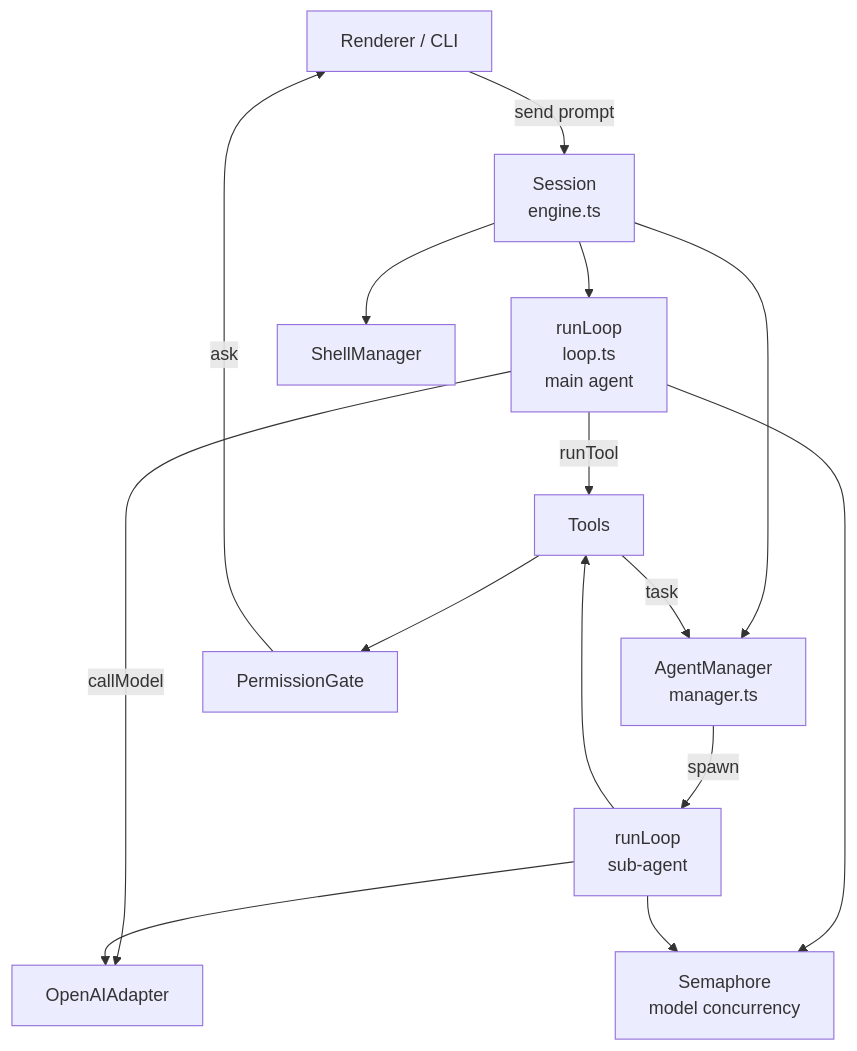
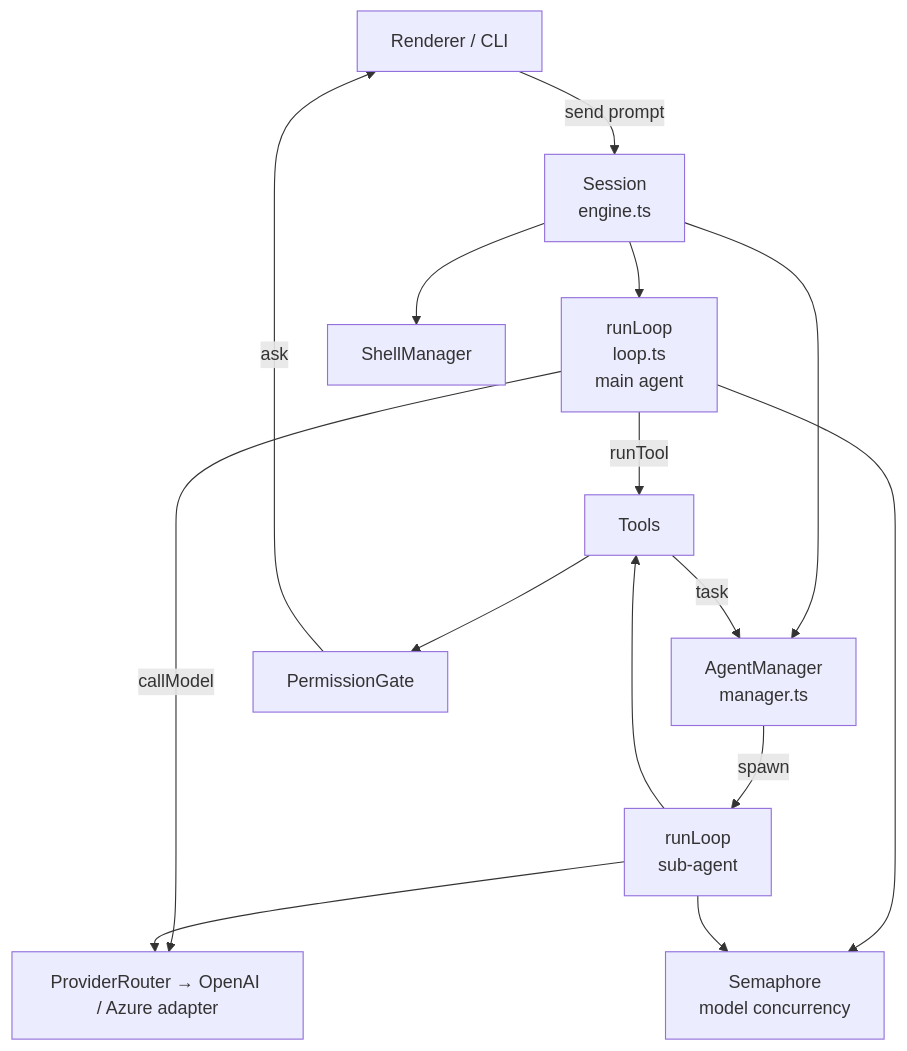
One commit to careychou/aitm-desk changed the first of 4 diagrams in doc/agent-framework.md. Above: the diagram before and after it, drawn with Mermaid. The commit also changed other lines of this file and 27 other files, not shown here.

First line of the commit message:
feat: model providers (custom + Azure OpenAI), compaction model, cache-aware auto-compact (v0.8.0)

````diff
--- a/doc/agent-framework.md
+++ b/doc/agent-framework.md
@@ -7,16 +7,16 @@
 ```mermaid
 flowchart TB
   UI[Renderer / CLI] -->|send prompt| S[Session<br/>engine.ts]
   S --> L[runLoop<br/>loop.ts<br/>main agent]
   S --> AM[AgentManager<br/>manager.ts]
   S --> SH[ShellManager]
-  L -->|callModel| AD[OpenAIAdapter]
+  L -->|callModel| AD[ProviderRouter → OpenAI / Azure adapter]
   L -->|runTool| T[Tools]
   T -->|task| AM
   AM -->|spawn| L2[runLoop<br/>sub-agent]
   L2 --> AD
   L2 --> T
   L & L2 --> SEM[Semaphore<br/>model concurrency]
   T --> PG[PermissionGate]
   PG -->|ask| UI
 ```
````
